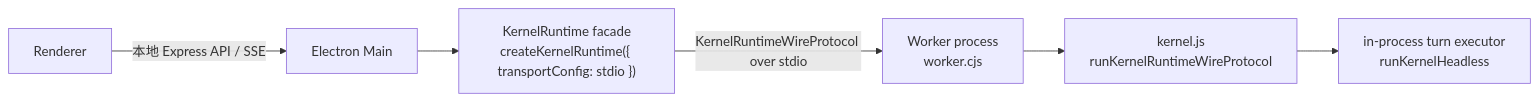
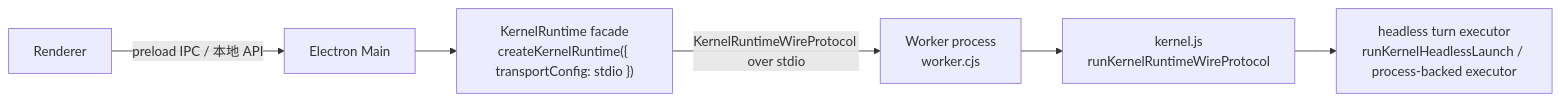
Before and after one commit to go-hare/hare-code-desktop: the diagram in docs/desktop-kernel-worker-execution-plan.md, drawn with Mermaid. The commit also changed other lines of this file and 38 other files, not shown here.

````diff
--- a/docs/desktop-kernel-worker-execution-plan.md
+++ b/docs/desktop-kernel-worker-execution-plan.md
@@ -9,15 +14,15 @@
 ```mermaid
 flowchart LR
   Renderer["Renderer"]
   Main["Electron Main"]
   RuntimeClient["KernelRuntime facade\ncreateKernelRuntime({ transportConfig: stdio })"]
   Worker["Worker process\nworker.cjs"]
   Kernel["kernel.js\nrunKernelRuntimeWireProtocol"]
-  Executor["in-process turn executor\nrunKernelHeadless"]
+  Executor["headless turn executor\nrunKernelHeadlessLaunch / process-backed executor"]
 
-  Renderer -->|"本地 Express API / SSE"| Main
+  Renderer -->|"preload IPC / 本地 API"| Main
   Main --> RuntimeClient
   RuntimeClient -->|"KernelRuntimeWireProtocol over stdio"| Worker
   Worker --> Kernel
   Kernel --> Executor
 ```
````
